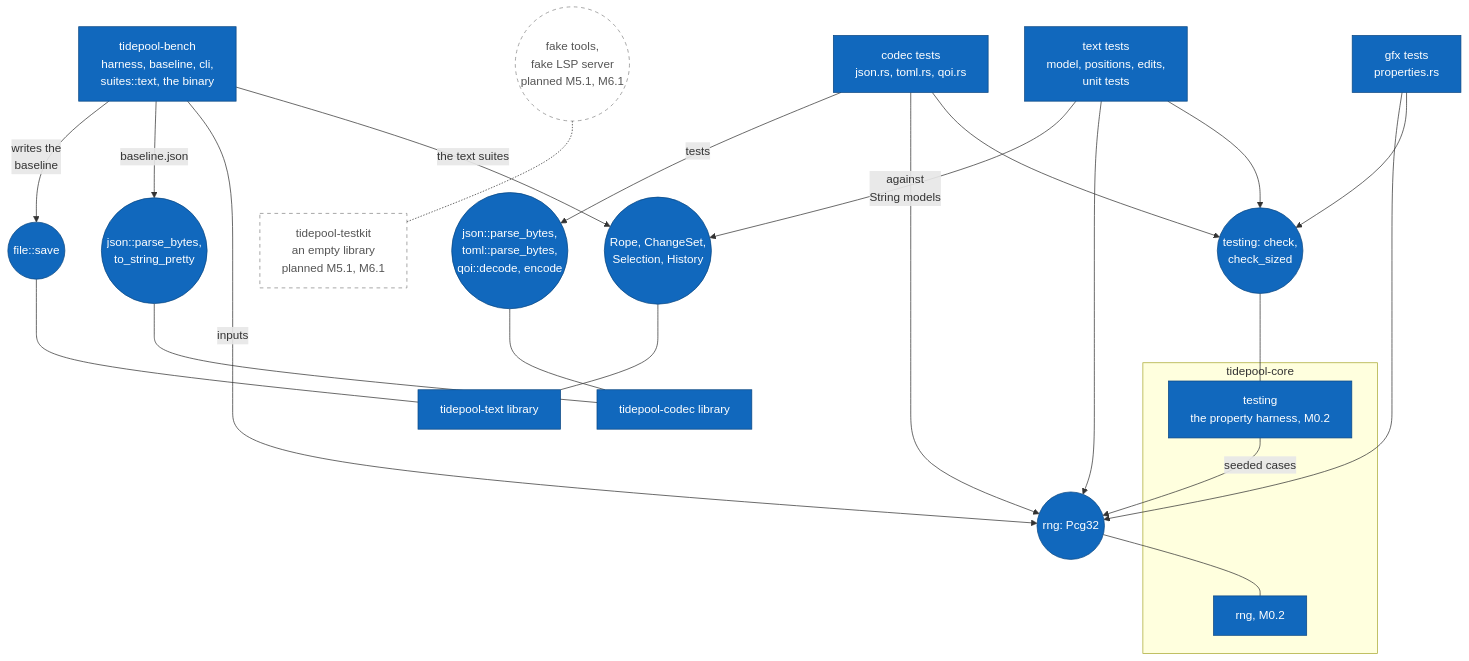
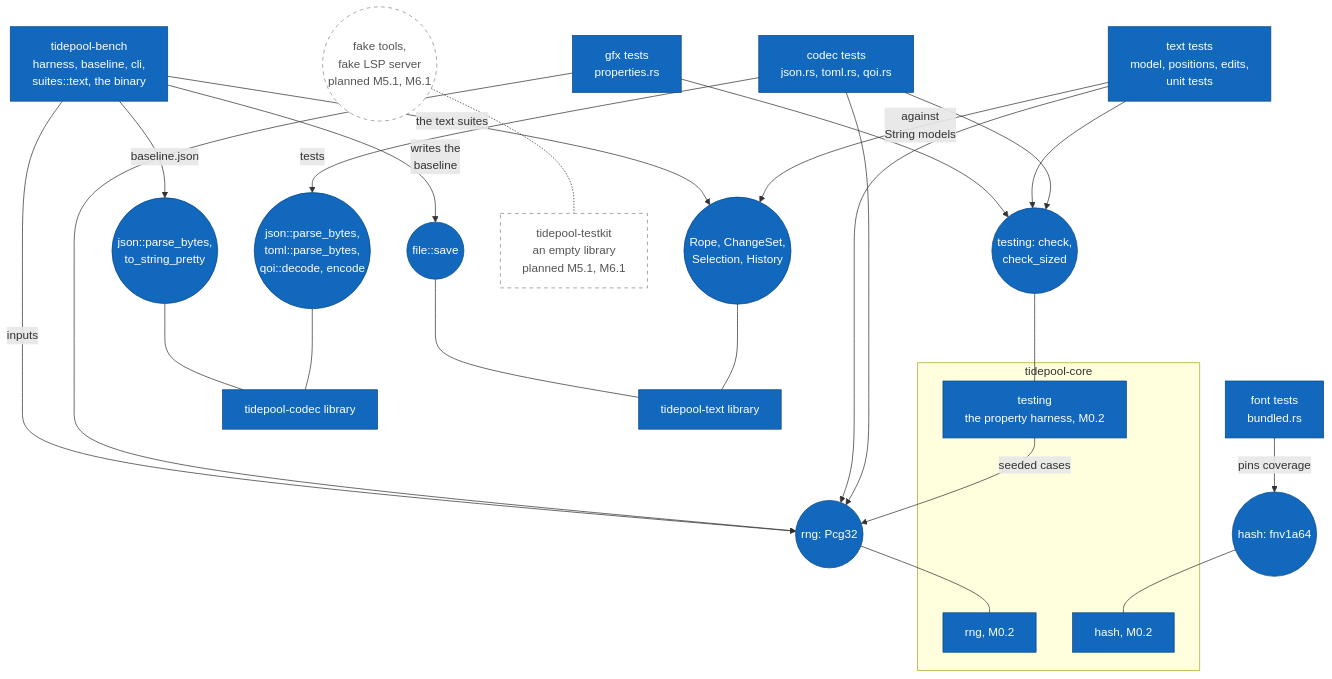
Diagram 21 of 21 in diagrams/component-diagrams.md (jabbott-iii/Tidepool), drawn with Mermaid before and after one commit. The commit also changed other lines of this file and 66 other files, not shown here.

First line of the commit message:
font: TrueType parser, outline rasterizer and bundled fonts (M2.8)

````diff
--- a/diagrams/component-diagrams.md
+++ b/diagrams/component-diagrams.md
@@ -1211,52 +1221,57 @@
 ```mermaid
 flowchart TB
     c_ctests["codec tests<br/>json.rs, toml.rs, qoi.rs"]
     c_ttests["text tests<br/>model, positions, edits,<br/>unit tests"]
     c_gtests["gfx tests<br/>properties.rs"]
+    c_ftests["font tests<br/>bundled.rs"]
     c_bench["tidepool-bench<br/>harness, baseline, cli,<br/>suites::text, the binary"]
 
     i_check(("testing: check,<br/>check_sized"))
     i_pcg(("rng: Pcg32"))
     i_cparse(("json::parse_bytes,<br/>toml::parse_bytes,<br/>qoi::decode, encode"))
     i_tall(("Rope, ChangeSet,<br/>Selection, History"))
     i_bjson(("json::parse_bytes,<br/>to_string_pretty"))
     i_save(("file::save"))
+    i_sha(("hash: fnv1a64"))
 
     subgraph sg_core["tidepool-core"]
         c_testing["testing<br/>the property harness, M0.2"]
         c_rng["rng, M0.2"]
+        c_hash["hash, M0.2"]
     end
     c_codec["tidepool-codec library"]
     c_text["tidepool-text library"]
 
     c_testkit["tidepool-testkit<br/>an empty library<br/>planned M5.1, M6.1"]
     i_fakes(("fake tools,<br/>fake LSP server<br/>planned M5.1, M6.1"))
 
     c_ctests --> i_check
     c_ctests --> i_pcg
     c_ctests -->|"tests"| i_cparse
     c_ttests --> i_check
     c_ttests --> i_pcg
     c_ttests -->|"against<br/>String models"| i_tall
     c_gtests --> i_check
     c_gtests --> i_pcg
+    c_ftests -->|"pins coverage"| i_sha
     c_bench -->|"the text suites"| i_tall
     c_bench -->|"inputs"| i_pcg
     c_bench -->|"baseline.json"| i_bjson
     c_bench -->|"writes the<br/>baseline"| i_save
 
     i_check --- c_testing
     c_testing -->|"seeded cases"| i_pcg
     i_pcg --- c_rng
+    i_sha --- c_hash
     i_cparse --- c_codec
     i_bjson --- c_codec
     i_tall --- c_text
     i_save --- c_text
     i_fakes -.- c_testkit
 
     classDef built fill:#1168bd,stroke:#0b4884,color:#ffffff
     classDef planned fill:#ffffff,stroke:#888888,stroke-dasharray: 5 5,color:#555555
-    class c_ctests,c_ttests,c_gtests,c_bench,c_testing,c_rng,c_codec,c_text built
-    class i_check,i_pcg,i_cparse,i_tall,i_bjson,i_save built
+    class c_ctests,c_ttests,c_gtests,c_ftests,c_bench,c_testing,c_rng,c_hash,c_codec,c_text built
+    class i_check,i_pcg,i_cparse,i_tall,i_bjson,i_save,i_sha built
     class c_testkit,i_fakes planned
 ```
````
